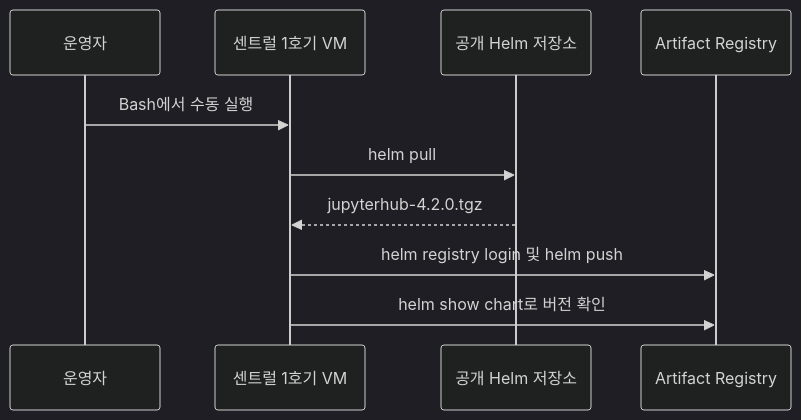
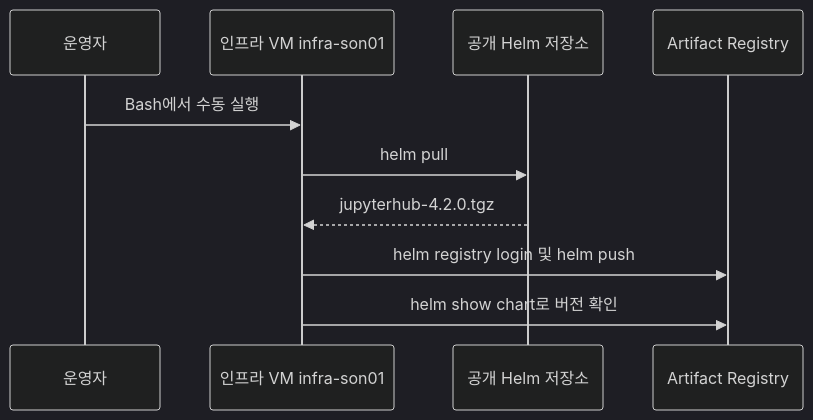
The second of 2 diagrams in 02.sandbox_setup_01_gcloud/04-manual-gcloud.md (sonmap/GCP_SBX_Test01), drawn with Mermaid (dark theme) before and after one commit. The commit also changed other lines of this file and 4 other files, not shown here.

Commit message:
Run manual Helm chart import from infra-son01

````diff
--- a/02.sandbox_setup_01_gcloud/04-manual-gcloud.md
+++ b/02.sandbox_setup_01_gcloud/04-manual-gcloud.md
@@ -88,12 +88,12 @@
 ```mermaid
 sequenceDiagram
     participant O as 운영자
-    participant V as 센트럴 1호기 VM
+    participant V as 인프라 VM infra-son01
     participant H as 공개 Helm 저장소
     participant A as Artifact Registry
     O->>V: Bash에서 수동 실행
     V->>H: helm pull
     H-->>V: jupyterhub-4.2.0.tgz
     V->>A: helm registry login 및 helm push
     V->>A: helm show chart로 버전 확인
 ```
````
